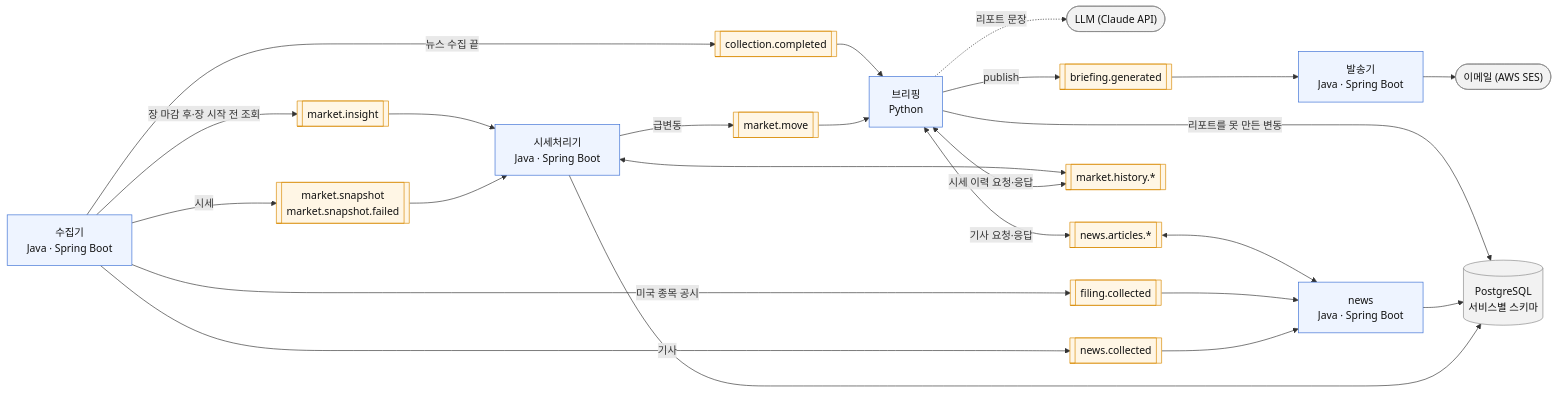
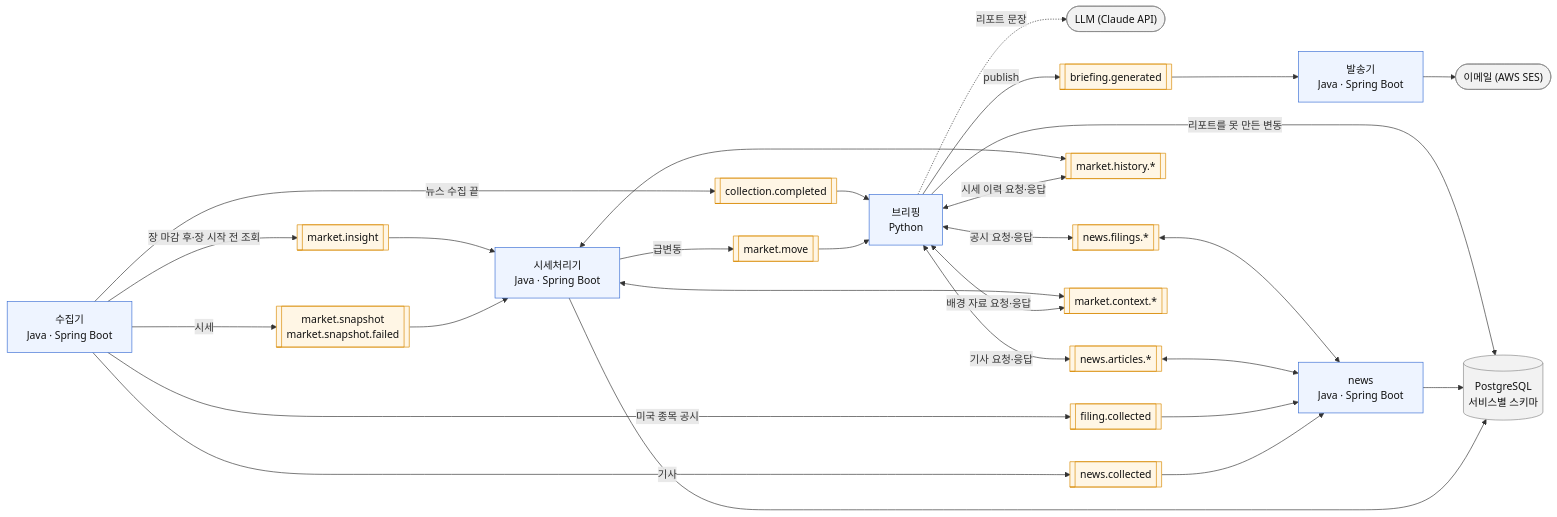
Before and after one commit to yc0191/stock-reading: the diagram in README.md, drawn with Mermaid. The commit also changed other lines of this file and 4 other files, not shown here.

````diff
--- a/README.md
+++ b/README.md
@@ -15,39 +15,43 @@
 ```mermaid
 flowchart LR
     classDef svc fill:#eef4ff,stroke:#3b6fd4,color:#111
     classDef topic fill:#fff6e5,stroke:#d98a00,color:#111
     classDef ext fill:#f2f2f2,stroke:#888,color:#111
 
     C["수집기<br/>Java · Spring Boot"]:::svc
     M["시세처리기<br/>Java · Spring Boot"]:::svc
     NW["news<br/>Java · Spring Boot"]:::svc
     B["브리핑<br/>Python"]:::svc
     N["발송기<br/>Java · Spring Boot"]:::svc
     DB[("PostgreSQL<br/>서비스별 스키마")]:::ext
     LLM(["LLM (Claude API)"]):::ext
     MAIL(["이메일 (AWS SES)"]):::ext
 
     C -->|"시세"| S1[["market.snapshot<br/>market.snapshot.failed"]]:::topic
     C -->|"장 마감 후·장 시작 전 조회"| SI[["market.insight"]]:::topic
     C -->|"기사"| SN[["news.collected"]]:::topic
     C -->|"뉴스 수집 끝"| SC[["collection.completed"]]:::topic
     S1 --> M
     SI --> M
     SN --> NW
     C -->|"미국 종목 공시"| SF[["filing.collected"]]:::topic
     SF --> NW
     M -->|"급변동"| S2[["market.move"]]:::topic
     S2 --> B
     SC --> B
     B <-->|"시세 이력 요청·응답"| SH[["market.history.*"]]:::topic
     SH <--> M
     B <-->|"기사 요청·응답"| SA[["news.articles.*"]]:::topic
     SA <--> NW
+    B <-->|"배경 자료 요청·응답"| SX[["market.context.*"]]:::topic
+    SX <--> M
+    B <-->|"공시 요청·응답"| SP[["news.filings.*"]]:::topic
+    SP <--> NW
     B -.->|"리포트 문장"| LLM
     B -->|publish| S3[["briefing.generated"]]:::topic
     S3 --> N
     N --> MAIL
     M --> DB
     NW --> DB
     B -->|"리포트를 못 만든 변동"| DB
 ```
````
